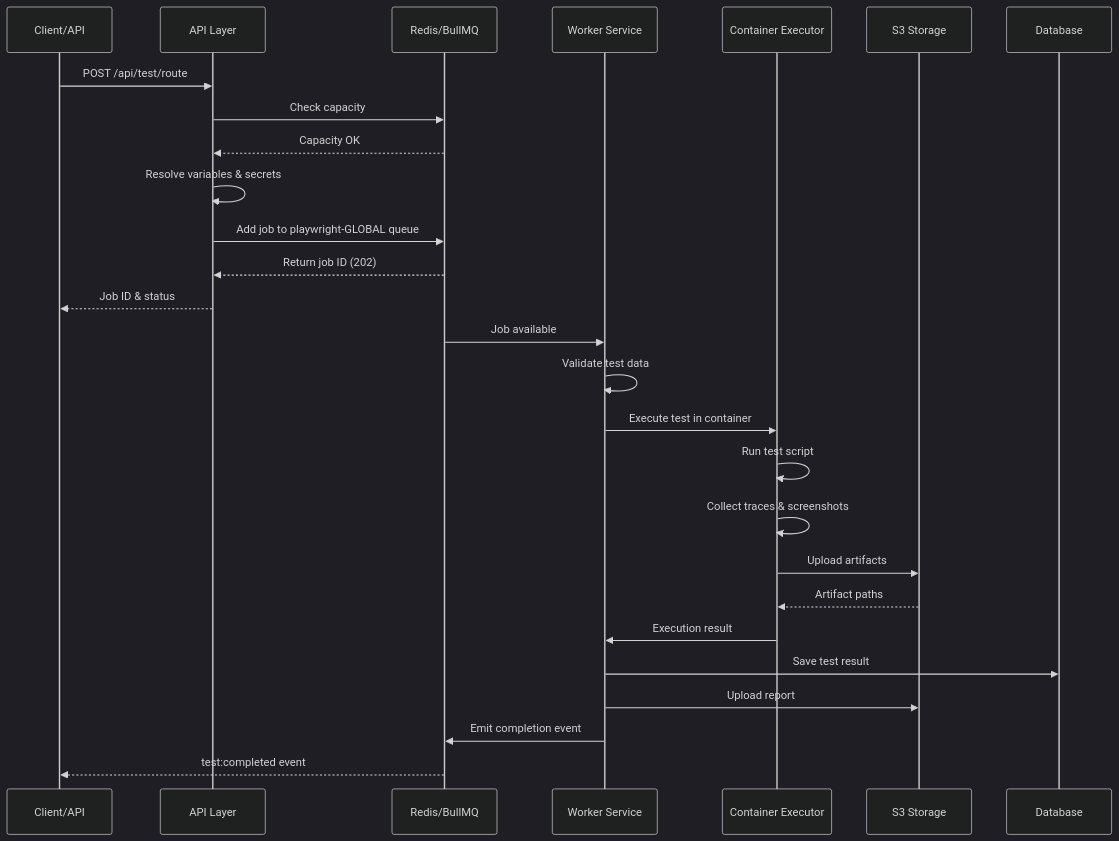
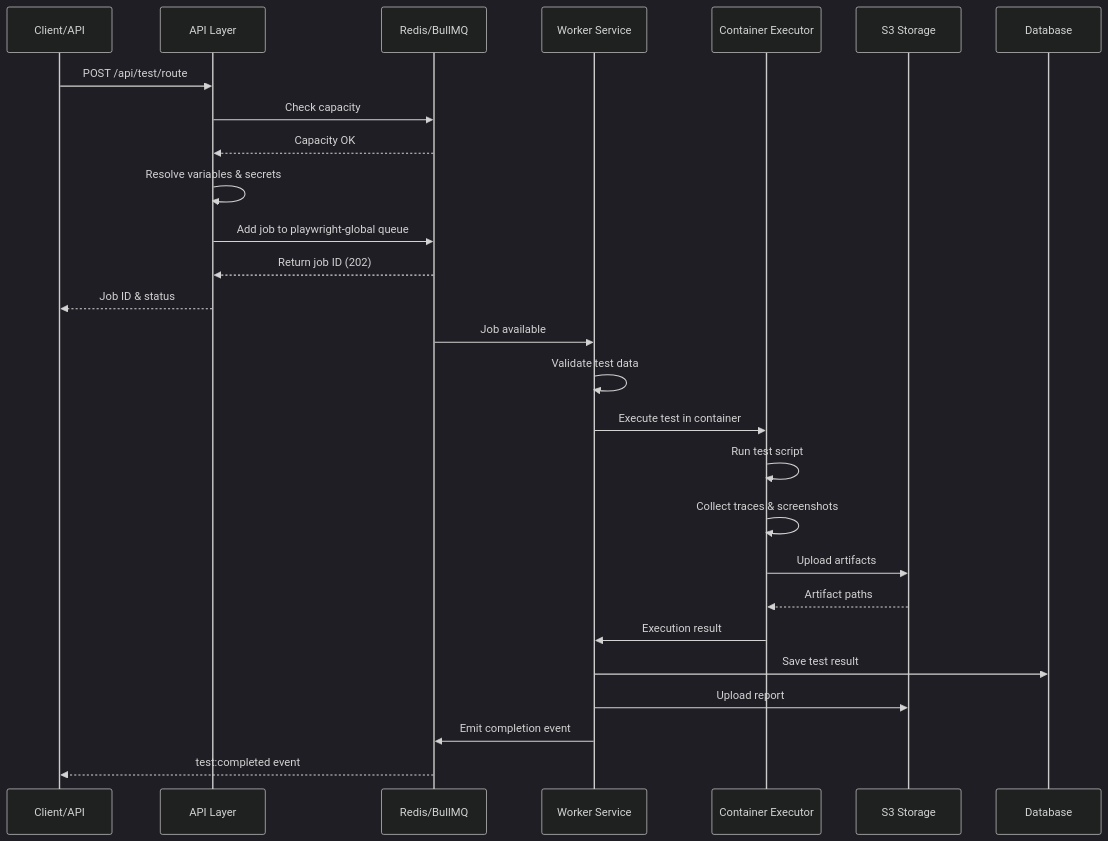
Before and after one commit to supercheck-io/supercheck: the second of 24 diagrams in specs/03-execution/EXECUTION_SYSTEM.md, drawn with Mermaid (dark theme). The commit also changed other lines of this file and 47 other files, not shown here.

````diff
--- a/specs/03-execution/EXECUTION_SYSTEM.md
+++ b/specs/03-execution/EXECUTION_SYSTEM.md
@@ -115,32 +115,32 @@
 ```mermaid
 sequenceDiagram
     participant Client as Client/API
     participant API as API Layer
     participant Redis as Redis/BullMQ
     participant Worker as Worker Service
     participant Container as Container Executor
     participant S3 as S3 Storage
     participant DB as Database
 
     Client->>API: POST /api/test/route
     API->>Redis: Check capacity
     Redis-->>API: Capacity OK
     API->>API: Resolve variables & secrets
-    API->>Redis: Add job to playwright-GLOBAL queue
+    API->>Redis: Add job to playwright-global queue
     Redis-->>API: Return job ID (202)
     API-->>Client: Job ID & status
 
     Redis->>Worker: Job available
     Worker->>Worker: Validate test data
     Worker->>Container: Execute test in container
     Container->>Container: Run test script
     Container->>Container: Collect traces & screenshots
     Container->>S3: Upload artifacts
     S3-->>Container: Artifact paths
     Container->>Worker: Execution result
 
     Worker->>DB: Save test result
     Worker->>S3: Upload report
     Worker->>Redis: Emit completion event
     Redis-->>Client: test:completed event
 ```
````
